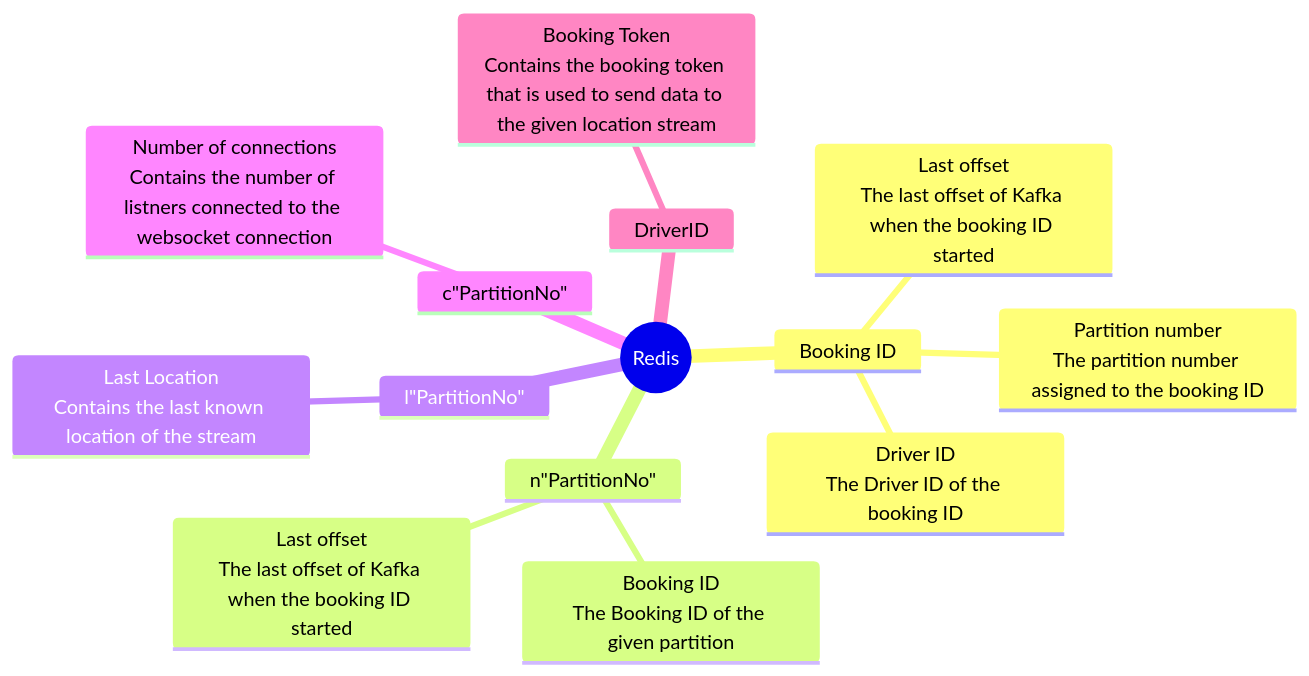
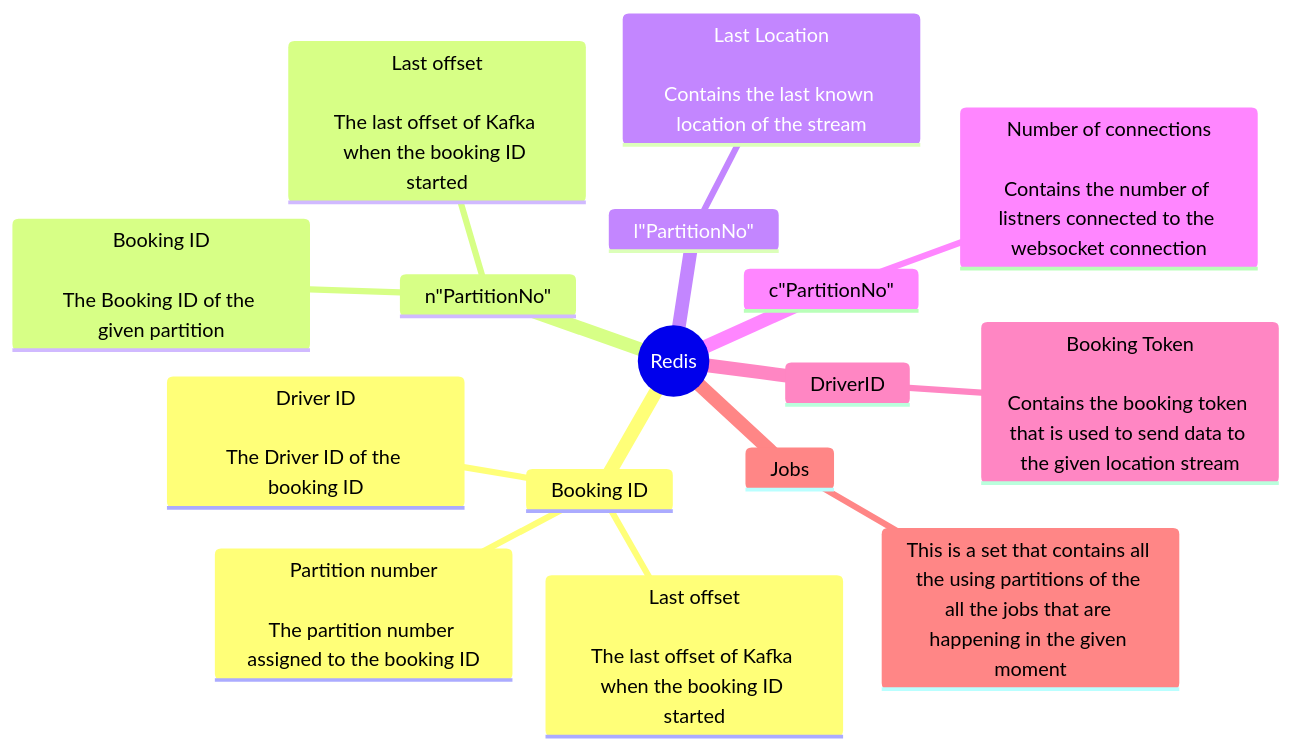
One commit to VinukaThejana/driver_tracker changed the diagram in ARCHITECTURE.md. Above: the diagram before and after it, drawn with Mermaid.

Commit message:
doc(architecture): updated the redis architecture

````diff
--- a/ARCHITECTURE.md
+++ b/ARCHITECTURE.md
@@ -4,17 +4,19 @@
 ```mermaid
 mindmap
   root((Redis))
     Booking ID
-      Partition number<br/>The partition number assigned to the booking ID
-      Last offset<br />The last offset of Kafka when the booking ID started
-      Driver ID<br />The Driver ID of the booking ID
+      Partition number<br/><br/>The partition number assigned to the booking ID
+      Last offset<br/><br />The last offset of Kafka when the booking ID started
+      Driver ID<br/><br />The Driver ID of the booking ID
     n"PartitionNo"
-      Booking ID<br />The Booking ID of the given partition
-      Last offset<br />The last offset of Kafka when the booking ID started
+      Booking ID<br/><br />The Booking ID of the given partition
+      Last offset<br/><br />The last offset of Kafka when the booking ID started
     l"PartitionNo"
-      Last Location<br />Contains the last known location of the stream
+      Last Location<br/><br />Contains the last known location of the stream
     c"PartitionNo"
-      Number of connections<br />Contains the number of listners connected to the websocket connection
+      Number of connections<br/><br />Contains the number of listners connected to the websocket connection
     DriverID
-      Booking Token<br />Contains the booking token that is used to send data to the given location stream
+      Booking Token<br/><br />Contains the booking token that is used to send data to the given location stream
+    Jobs
+        This is a set that contains all the using partitions of the all the jobs that are happening in the given moment
 ```
````
